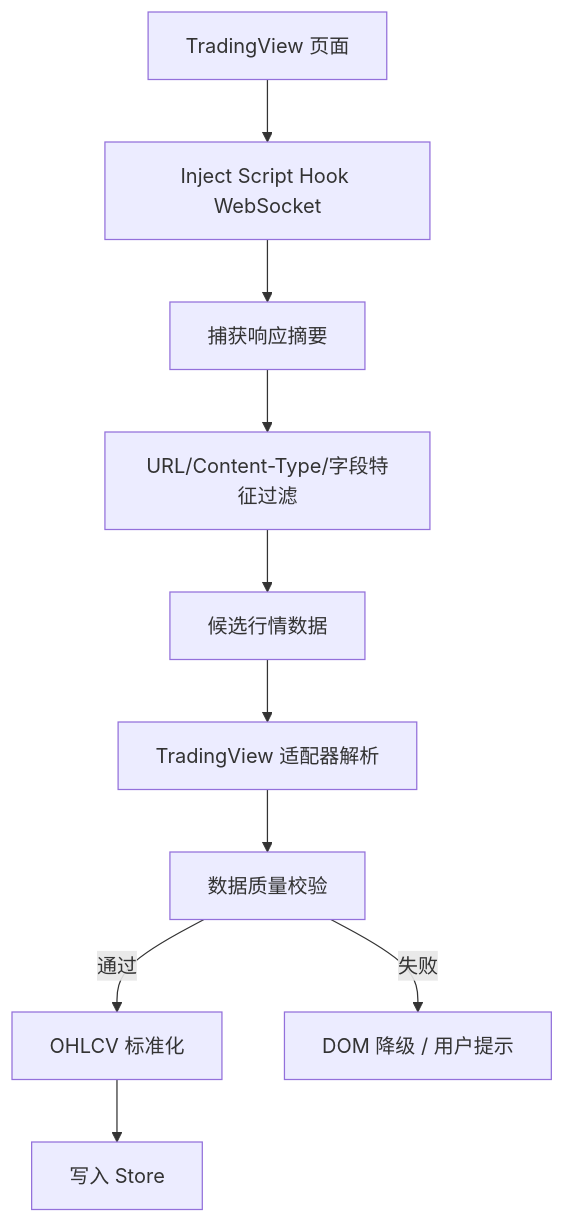
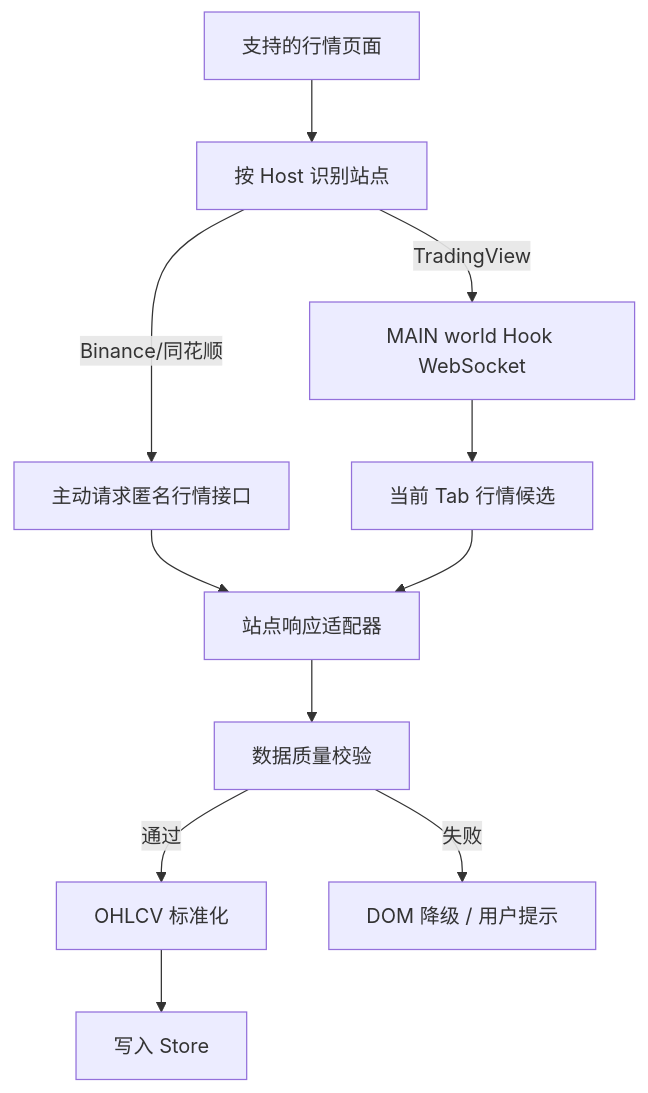
Before and after one commit to LanShiLiang/Chrome_K_line_analyzer: the first of 2 diagrams in docs/spec/04_行情数据采集_接口嗅探与网站适配设计方案.md, drawn with Mermaid. The commit also changed other lines of this file and 9 other files, not shown here.

````diff
--- a/docs/spec/04_行情数据采集_接口嗅探与网站适配设计方案.md
+++ b/docs/spec/04_行情数据采集_接口嗅探与网站适配设计方案.md
@@ -19,12 +19,13 @@
 ```mermaid
 flowchart TD
-    Page["TradingView 页面"] --> Hook["Inject Script Hook WebSocket"]
-    Hook --> Capture["捕获响应摘要"]
-    Capture --> Filter["URL/Content-Type/字段特征过滤"]
-    Filter --> Candidate["候选行情数据"]
-    Candidate --> Adapter["TradingView 适配器解析"]
+    Page["支持的行情页面"] --> Detect["按 Host 识别站点"]
+    Detect -->|TradingView| Hook["MAIN world Hook WebSocket"]
+    Detect -->|Binance/同花顺| Request["主动请求匿名行情接口"]
+    Hook --> Candidate["当前 Tab 行情候选"]
+    Request --> Adapter["站点响应适配器"]
+    Candidate --> Adapter
     Adapter --> Validate["数据质量校验"]
     Validate -->|通过| Normalize["OHLCV 标准化"]
     Validate -->|失败| Fallback["DOM 降级 / 用户提示"]
     Normalize --> Store["写入 Store"]
 ```
````
